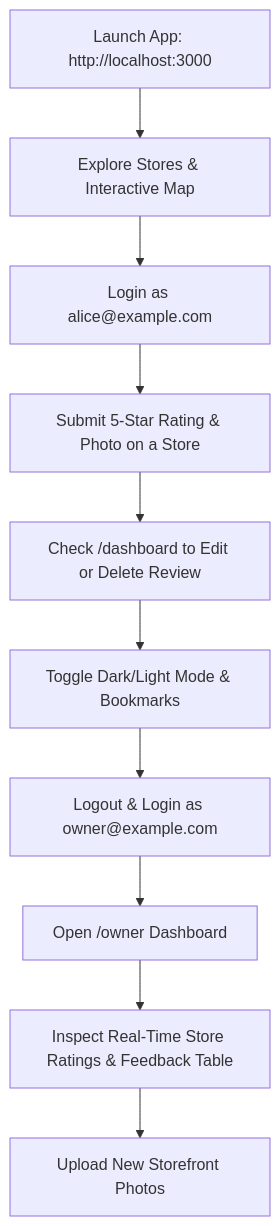
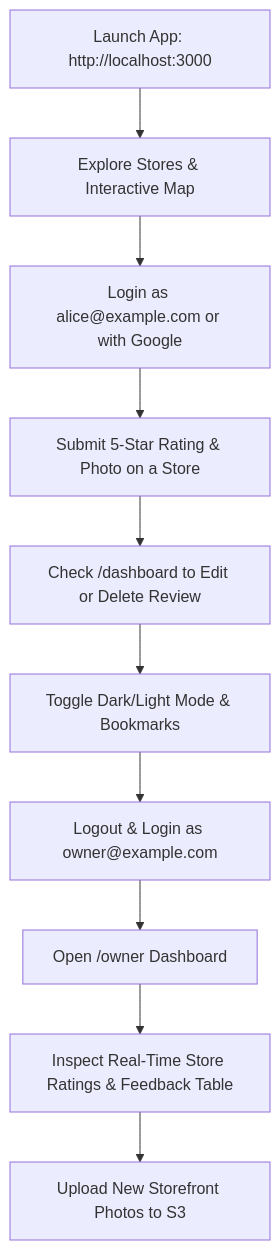
Before and after one commit to sohamwagale/StoreHub: the diagram in README.md, drawn with Mermaid. The commit also changed other lines of this file, not shown here.

````diff
--- a/README.md
+++ b/README.md
@@ -550,12 +657,12 @@
 ```mermaid
 flowchart TD
     A[Launch App: http://localhost:3000] --> B[Explore Stores & Interactive Map]
-    B --> C[Login as alice@example.com]
+    B --> C[Login as alice@example.com or with Google]
     C --> D[Submit 5-Star Rating & Photo on a Store]
     D --> E[Check /dashboard to Edit or Delete Review]
     E --> F[Toggle Dark/Light Mode & Bookmarks]
     F --> G[Logout & Login as owner@example.com]
     G --> H[Open /owner Dashboard]
     H --> I[Inspect Real-Time Store Ratings & Feedback Table]
-    I --> J[Upload New Storefront Photos]
+    I --> J[Upload New Storefront Photos to S3]
 ```
````
